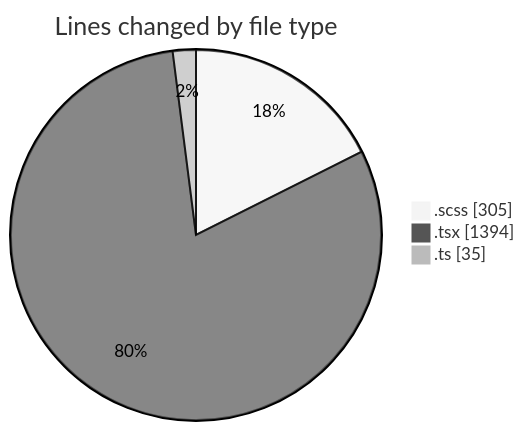
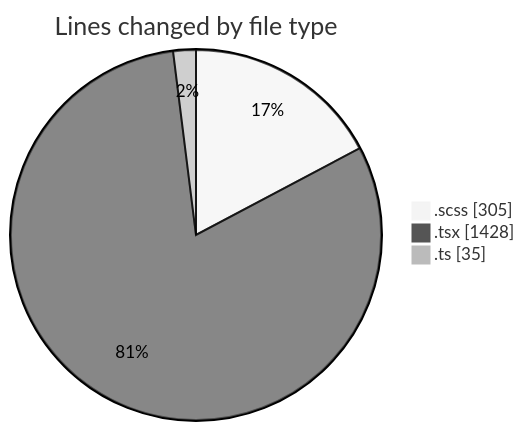
One commit to momahboobian/code-tracking changed the first of 2 diagrams in 2025-03-04/cda/README.md. Above: the diagram before and after it, drawn with Mermaid (neutral theme). The commit also changed other lines of this file and 1 other file, not shown here.

````diff
--- a/2025-03-04/cda/README.md
+++ b/2025-03-04/cda/README.md
@@ -31,7 +31,7 @@
 ```mermaid
 pie showData
 title Lines changed by file type
 ".scss" : 305
-".tsx" : 1394
+".tsx" : 1428
 ".ts" : 35
 ```
````
